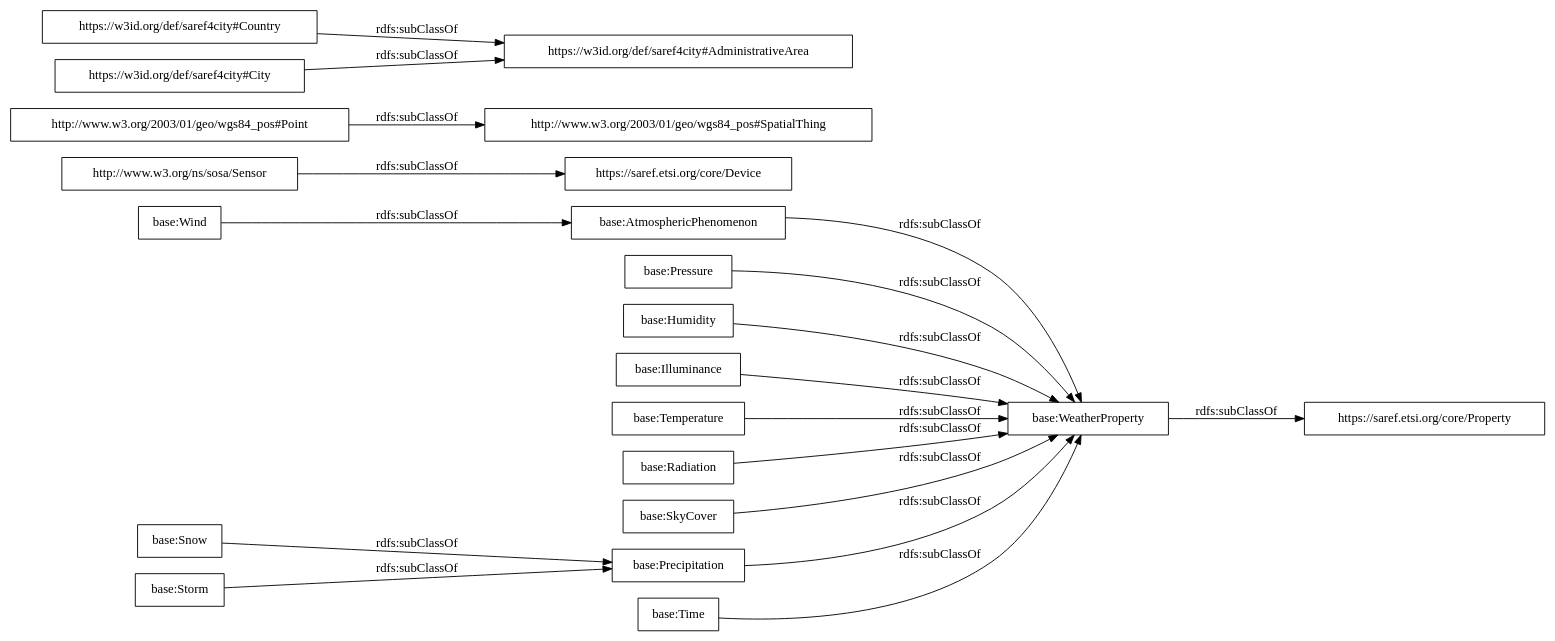
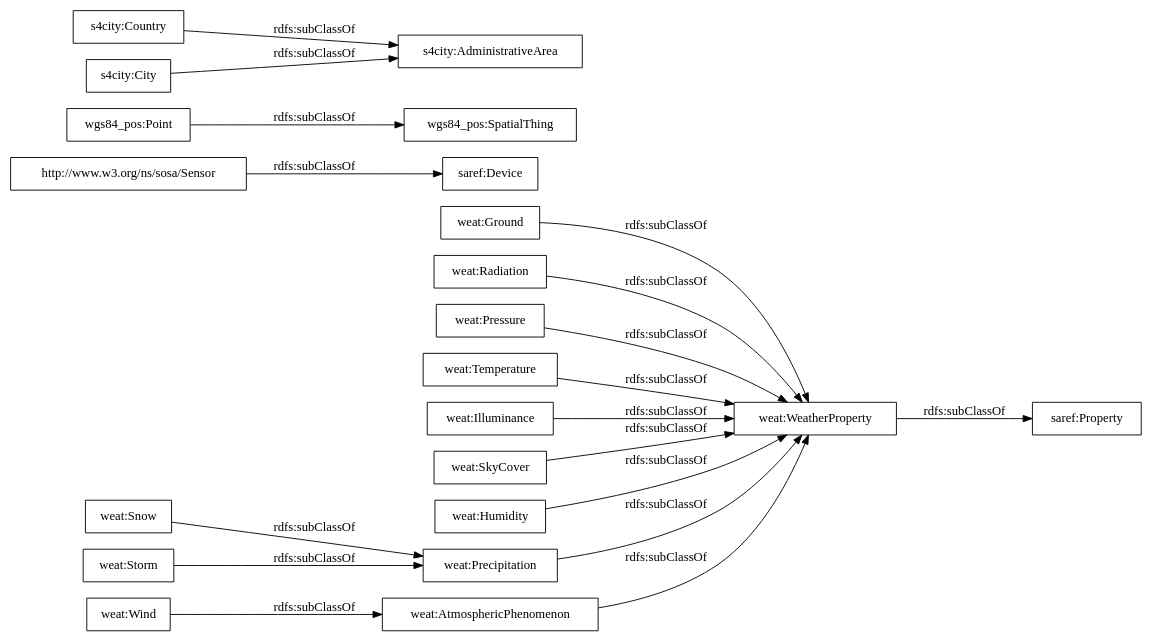
The diagram in OnToology/Ontology/ontology.ttl/diagrams/ar2dtool-taxonomy/ontology.ttl.png.dot (oeg-upm/bimerr-weather), drawn with Graphviz before and after one commit. The commit also changed 21 other files, not shown here.

```diff
--- a/OnToology/Ontology/ontology.ttl/diagrams/ar2dtool-taxonomy/ontology.ttl.png.dot
+++ b/OnToology/Ontology/ontology.ttl/diagrams/ar2dtool-taxonomy/ontology.ttl.png.dot
@@ -1,23 +1,23 @@
 digraph ar2dtool_diagram { 
 rankdir=LR;
 size="1000"
-node [shape = rectangle, color="black"]; "base:Snow" "base:Pressure" "base:Humidity" "https://saref.etsi.org/core/Device" "base:Illuminance" "base:Temperature" "base:WeatherProperty" "base:Radiation" "base:SkyCover" "http://www.w3.org/2003/01/geo/wgs84_pos#SpatialThing" "base:AtmosphericPhenomenon" "https://w3id.org/def/saref4city#Country" "https://w3id.org/def/saref4city#AdministrativeArea" "base:Storm" "base:Time" "http://www.w3.org/ns/sosa/Sensor" "https://saref.etsi.org/core/Property" "https://w3id.org/def/saref4city#City" "http://www.w3.org/2003/01/geo/wgs84_pos#Point" "base:Wind" "base:Precipitation" ; /*classes style*/
-	"base:WeatherProperty" -> "https://saref.etsi.org/core/Property" [ label = "rdfs:subClassOf" ];
-	"base:Illuminance" -> "base:WeatherProperty" [ label = "rdfs:subClassOf" ];
-	"base:SkyCover" -> "base:WeatherProperty" [ label = "rdfs:subClassOf" ];
-	"base:Time" -> "base:WeatherProperty" [ label = "rdfs:subClassOf" ];
-	"base:Radiation" -> "base:WeatherProperty" [ label = "rdfs:subClassOf" ];
-	"base:Wind" -> "base:AtmosphericPhenomenon" [ label = "rdfs:subClassOf" ];
-	"base:Pressure" -> "base:WeatherProperty" [ label = "rdfs:subClassOf" ];
-	"http://www.w3.org/2003/01/geo/wgs84_pos#Point" -> "http://www.w3.org/2003/01/geo/wgs84_pos#SpatialThing" [ label = "rdfs:subClassOf" ];
-	"https://w3id.org/def/saref4city#City" -> "https://w3id.org/def/saref4city#AdministrativeArea" [ label = "rdfs:subClassOf" ];
-	"base:Temperature" -> "base:WeatherProperty" [ label = "rdfs:subClassOf" ];
-	"base:Snow" -> "base:Precipitation" [ label = "rdfs:subClassOf" ];
-	"base:Precipitation" -> "base:WeatherProperty" [ label = "rdfs:subClassOf" ];
-	"http://www.w3.org/ns/sosa/Sensor" -> "https://saref.etsi.org/core/Device" [ label = "rdfs:subClassOf" ];
-	"base:AtmosphericPhenomenon" -> "base:WeatherProperty" [ label = "rdfs:subClassOf" ];
-	"base:Storm" -> "base:Precipitation" [ label = "rdfs:subClassOf" ];
-	"base:Humidity" -> "base:WeatherProperty" [ label = "rdfs:subClassOf" ];
-	"https://w3id.org/def/saref4city#Country" -> "https://w3id.org/def/saref4city#AdministrativeArea" [ label = "rdfs:subClassOf" ];
+node [shape = rectangle, color="black"]; "weat:AtmosphericPhenomenon" "weat:Snow" "weat:Storm" "weat:Ground" "weat:WeatherProperty" "saref:Device" "weat:Radiation" "weat:Pressure" "weat:Temperature" "wgs84_pos:SpatialThing" "s4city:Country" "s4city:AdministrativeArea" "weat:Illuminance" "weat:SkyCover" "http://www.w3.org/ns/sosa/Sensor" "saref:Property" "s4city:City" "wgs84_pos:Point" "weat:Wind" "weat:Humidity" "weat:Precipitation" ; /*classes style*/
+	"weat:Illuminance" -> "weat:WeatherProperty" [ label = "rdfs:subClassOf" ];
+	"weat:Snow" -> "weat:Precipitation" [ label = "rdfs:subClassOf" ];
+	"weat:WeatherProperty" -> "saref:Property" [ label = "rdfs:subClassOf" ];
+	"weat:Pressure" -> "weat:WeatherProperty" [ label = "rdfs:subClassOf" ];
+	"weat:Ground" -> "weat:WeatherProperty" [ label = "rdfs:subClassOf" ];
+	"weat:Radiation" -> "weat:WeatherProperty" [ label = "rdfs:subClassOf" ];
+	"wgs84_pos:Point" -> "wgs84_pos:SpatialThing" [ label = "rdfs:subClassOf" ];
+	"s4city:City" -> "s4city:AdministrativeArea" [ label = "rdfs:subClassOf" ];
+	"weat:Humidity" -> "weat:WeatherProperty" [ label = "rdfs:subClassOf" ];
+	"weat:Wind" -> "weat:AtmosphericPhenomenon" [ label = "rdfs:subClassOf" ];
+	"weat:Storm" -> "weat:Precipitation" [ label = "rdfs:subClassOf" ];
+	"weat:Precipitation" -> "weat:WeatherProperty" [ label = "rdfs:subClassOf" ];
+	"http://www.w3.org/ns/sosa/Sensor" -> "saref:Device" [ label = "rdfs:subClassOf" ];
+	"weat:AtmosphericPhenomenon" -> "weat:WeatherProperty" [ label = "rdfs:subClassOf" ];
+	"weat:SkyCover" -> "weat:WeatherProperty" [ label = "rdfs:subClassOf" ];
+	"s4city:Country" -> "s4city:AdministrativeArea" [ label = "rdfs:subClassOf" ];
+	"weat:Temperature" -> "weat:WeatherProperty" [ label = "rdfs:subClassOf" ];
 
 }
```
